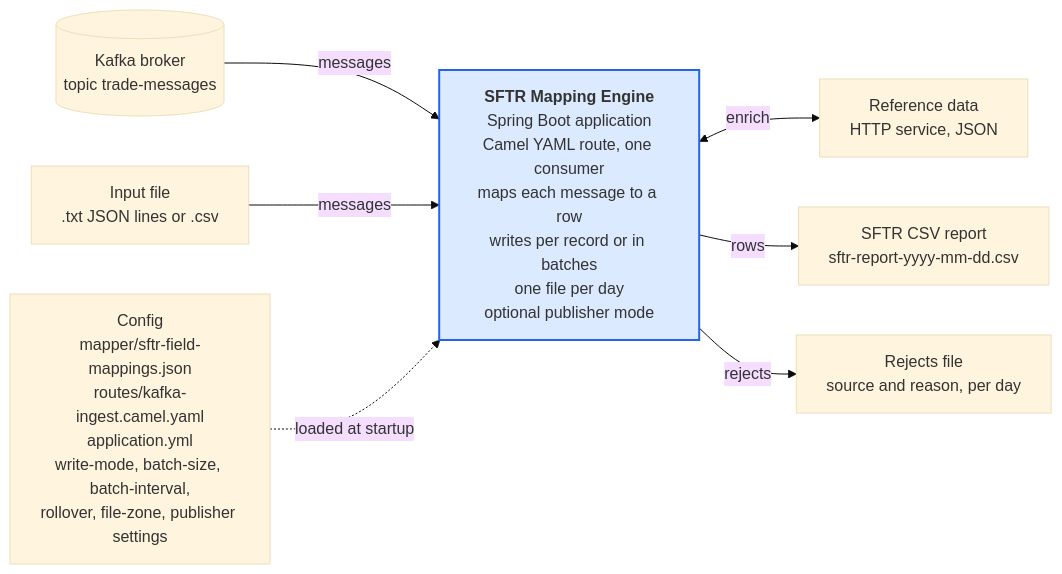
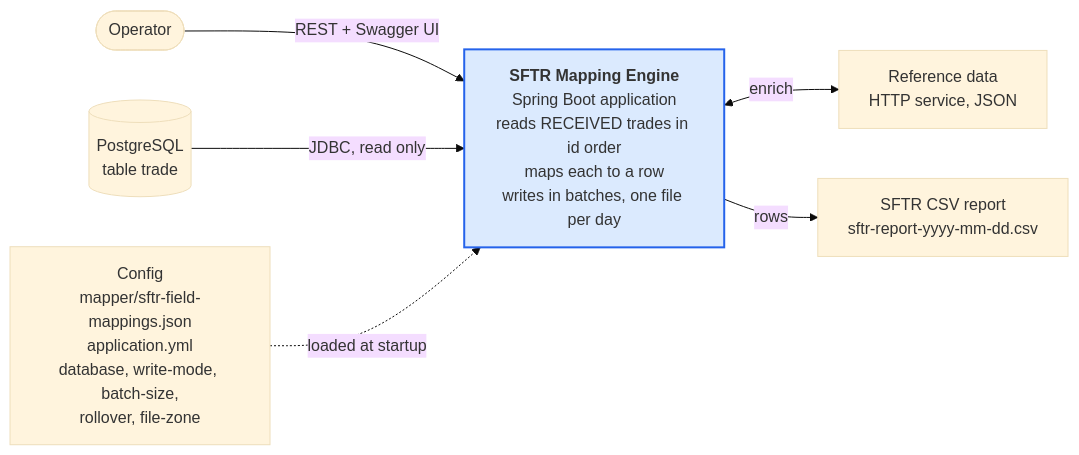
One commit to shanregs/msg-transformer changed the second of 13 diagrams in docs/c4-architecture.md. Above: the diagram before and after it, drawn with Mermaid (base theme). The commit also changed other lines of this file and 72 other files, not shown here.

First line of the commit message:
Read trades from a Postgres table instead of Kafka or files (#15)

````diff
--- a/docs/c4-architecture.md
+++ b/docs/c4-architecture.md
@@ -28,12 +25,11 @@
 ```mermaid
 flowchart LR
-    kafka[("Kafka broker<br/>topic trade-messages")] -->|messages| engine
-    file["Input file<br/>.txt JSON lines or .csv"] -->|messages| engine
-    cfg["Config<br/>mapper/sftr-field-mappings.json<br/>routes/kafka-ingest.camel.yaml<br/>application.yml<br/>write-mode, batch-size, batch-interval,<br/>rollover, file-zone, publisher settings"] -.->|loaded at startup| engine
-    engine["<b>SFTR Mapping Engine</b><br/>Spring Boot application<br/>Camel YAML route, one consumer<br/>maps each message to a row<br/>writes per record or in batches<br/>one file per day<br/>optional publisher mode"]
+    op(["Operator"]) -->|"REST + Swagger UI"| engine
+    db[("PostgreSQL<br/>table trade")] -->|"JDBC, read only"| engine
+    cfg["Config<br/>mapper/sftr-field-mappings.json<br/>application.yml<br/>database, write-mode, batch-size,<br/>rollover, file-zone"] -.->|loaded at startup| engine
+    engine["<b>SFTR Mapping Engine</b><br/>Spring Boot application<br/>reads RECEIVED trades in id order<br/>maps each to a row<br/>writes in batches, one file per day"]
     engine <-->|enrich| ref["Reference data<br/>HTTP service, JSON"]
     engine -->|rows| csv["SFTR CSV report<br/>sftr-report-yyyy-mm-dd.csv"]
-    engine -->|rejects| rej["Rejects file<br/>source and reason, per day"]
 
     style engine fill:#dbeafe,stroke:#2563eb,stroke-width:2px
 ```
````
